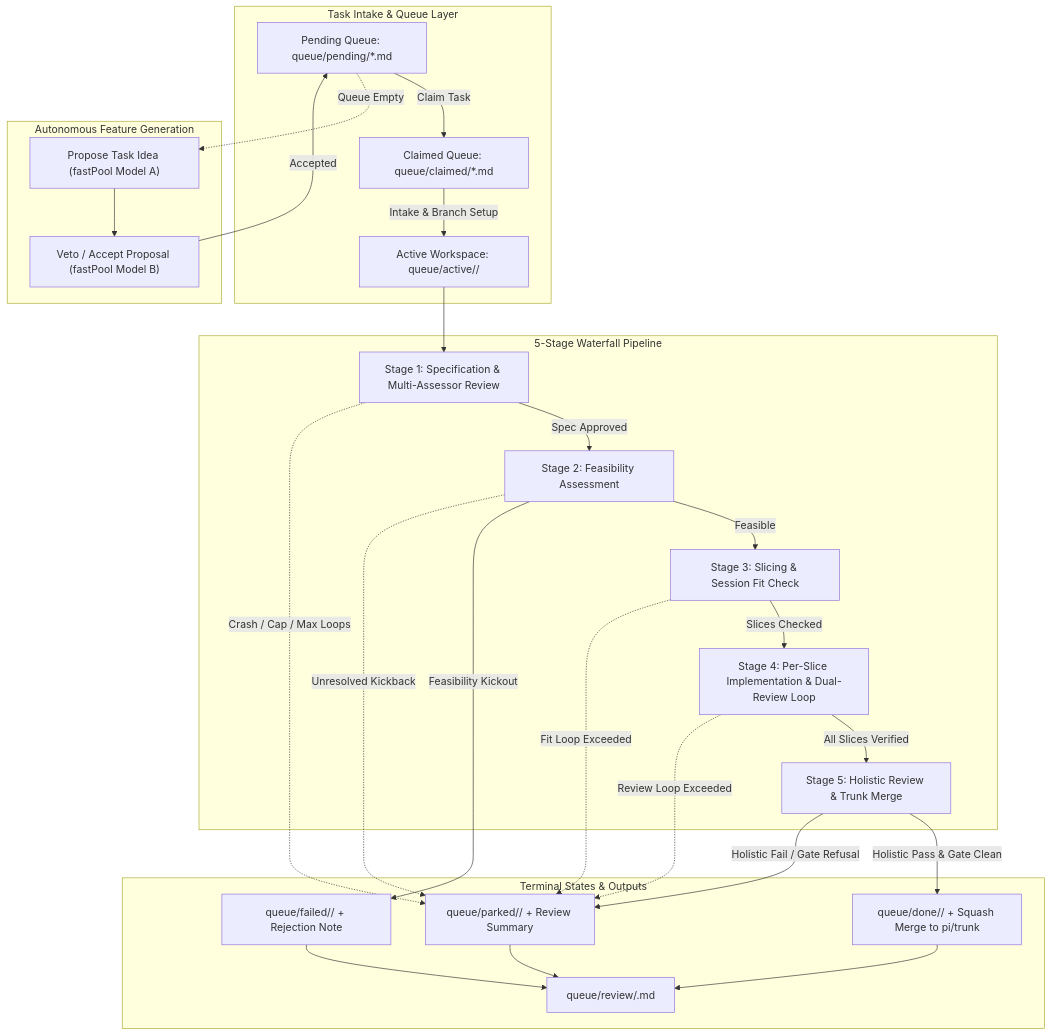
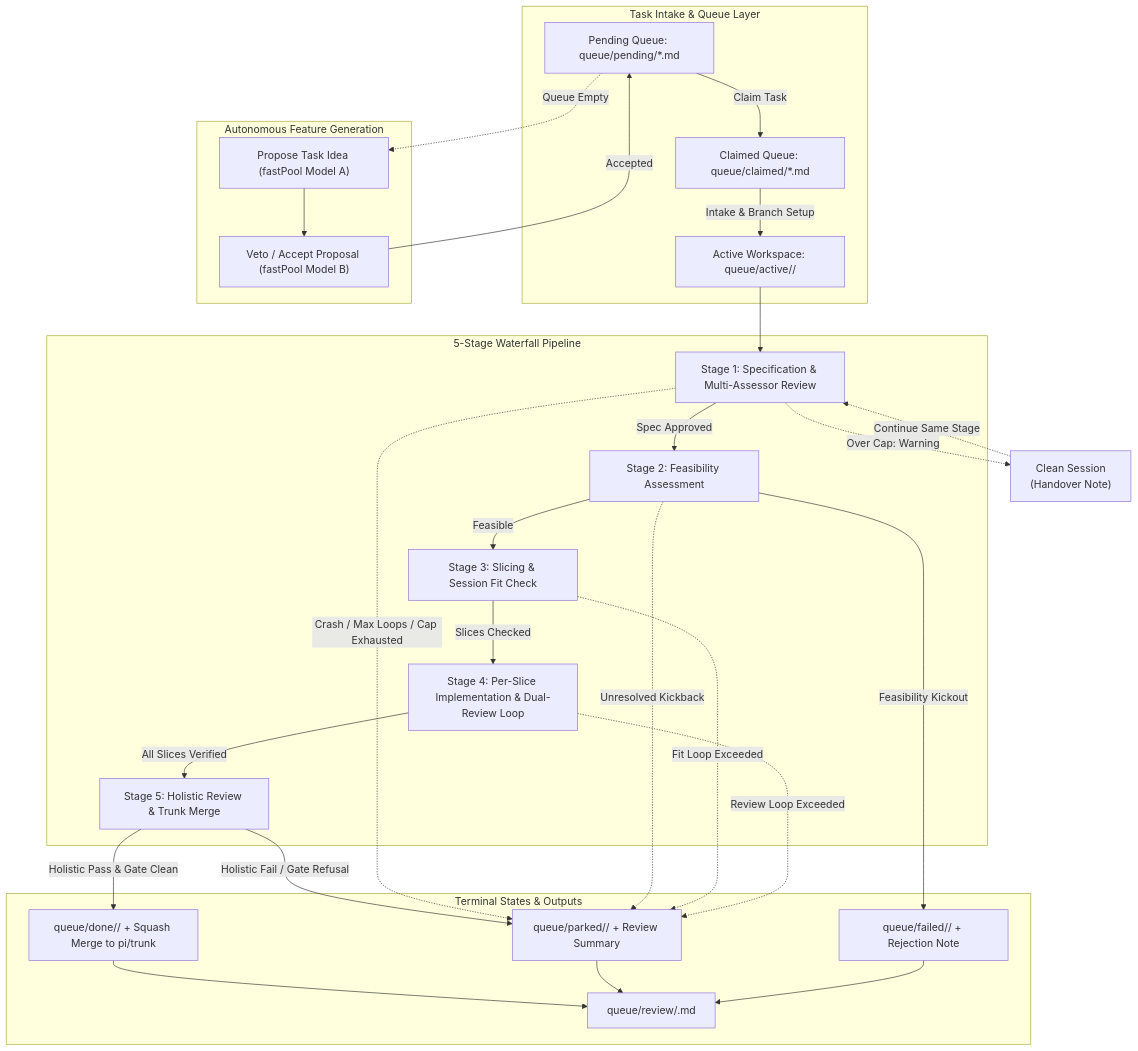
Before and after one commit to cl-em-fandango/supernintendo-chaLLMers: the first of 6 diagrams in README.md, drawn with Mermaid. The commit also changed other lines of this file and 6 other files, not shown here.

````diff
--- a/README.md
+++ b/README.md
@@ -22,52 +22,56 @@
 ```mermaid
 flowchart TD
     subgraph TaskSources["Task Intake & Queue Layer"]
         P[Pending Queue: queue/pending/*.md]
         C[Claimed Queue: queue/claimed/*.md]
         A[Active Workspace: queue/active/<task_id>/]
     end
 
     subgraph Pipeline["5-Stage Waterfall Pipeline"]
         S1["Stage 1: Specification & Multi-Assessor Review"]
         S2["Stage 2: Feasibility Assessment"]
         S3["Stage 3: Slicing & Session Fit Check"]
         S4["Stage 4: Per-Slice Implementation & Dual-Review Loop"]
         S5["Stage 5: Holistic Review & Trunk Merge"]
     end
 
     subgraph TerminalStates["Terminal States & Outputs"]
         Done[queue/done/<task_id>/ + Squash Merge to pi/trunk]
         Parked[queue/parked/<task_id>/ + Review Summary]
         Failed[queue/failed/<task_id>/ + Rejection Note]
         Review[queue/review/<task_id>.md]
     end
 
     subgraph AutonomousMode["Autonomous Feature Generation"]
         AutoProp["Propose Task Idea (fastPool Model A)"]
         AutoVeto["Veto / Accept Proposal (fastPool Model B)"]
     end
 
     P -->|Claim Task| C
     C -->|Intake & Branch Setup| A
     A --> S1
     S1 -->|Spec Approved| S2
     S2 -->|Feasible| S3
     S2 -->|Feasibility Kickout| Failed
     S3 -->|Slices Checked| S4
     S4 -->|All Slices Verified| S5
     S5 -->|Holistic Pass & Gate Clean| Done
     S5 -->|Holistic Fail / Gate Refusal| Parked
 
-    S1 -.->|Crash / Cap / Max Loops| Parked
+    Handover["Clean Session\n(Handover Note)"]
+
+    S1 -.->|Over Cap: Warning| Handover
+    Handover -.->|Continue Same Stage| S1
+    S1 -.->|Crash / Max Loops / Cap Exhausted| Parked
     S2 -.->|Unresolved Kickback| Parked
     S3 -.->|Fit Loop Exceeded| Parked
     S4 -.->|Review Loop Exceeded| Parked
 
     Done --> Review
     Parked --> Review
     Failed --> Review
 
     P -.->|Queue Empty| AutoProp
     AutoProp --> AutoVeto
     AutoVeto -->|Accepted| P
 ```
````
